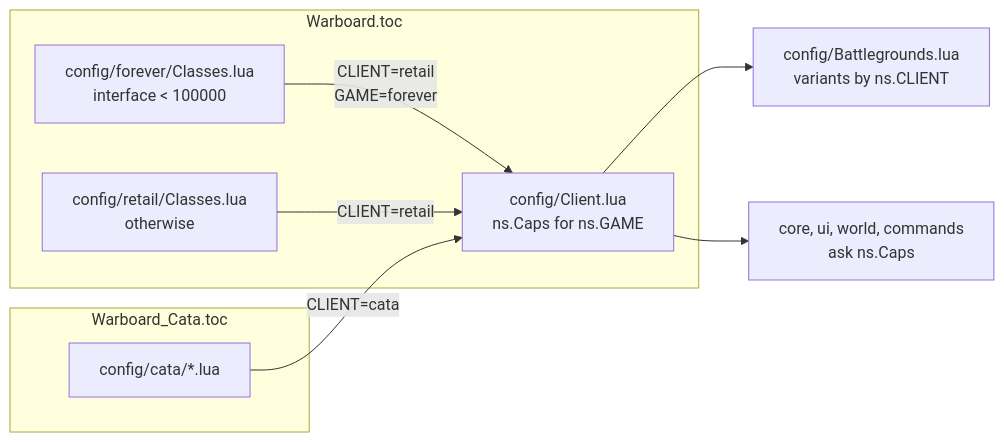
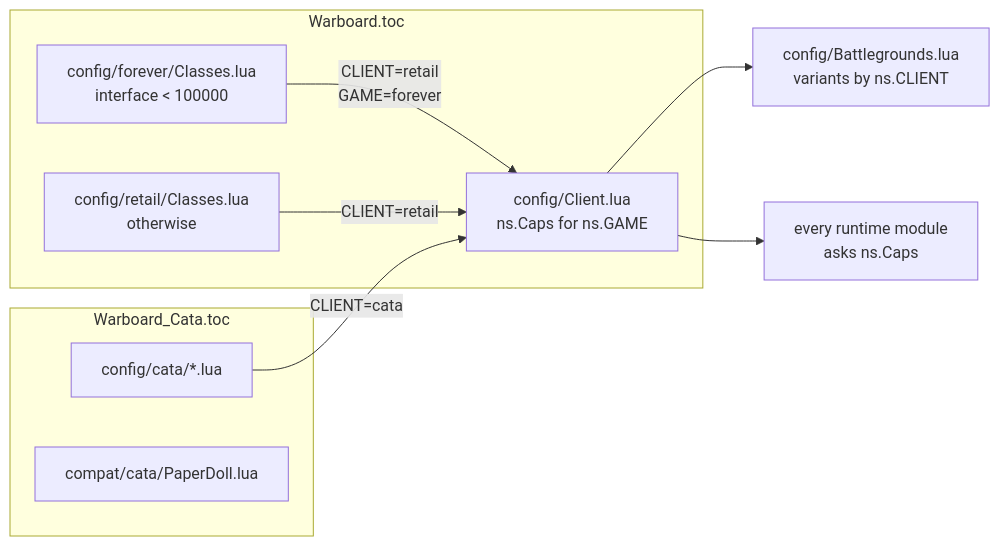
Before and after one commit to kemicofa/highground: the first of 2 diagrams in docs/development.md, drawn with Mermaid. The commit also changed other lines of this file and 13 other files, not shown here.

````diff
--- a/docs/development.md
+++ b/docs/development.md
@@ -46,12 +53,13 @@
 ```mermaid
 flowchart LR
   subgraph Warboard.toc
     F[config/forever/Classes.lua<br/>interface < 100000] -->|CLIENT=retail<br/>GAME=forever| C
     R[config/retail/Classes.lua<br/>otherwise] -->|CLIENT=retail| C
   end
   subgraph Warboard_Cata.toc
     K[config/cata/*.lua] -->|CLIENT=cata| C
+    P[compat/cata/PaperDoll.lua]
   end
   C[config/Client.lua<br/>ns.Caps for ns.GAME] --> B[config/Battlegrounds.lua<br/>variants by ns.CLIENT]
-  C --> RT[core, ui, world, commands<br/>ask ns.Caps]
+  C --> RT[every runtime module<br/>asks ns.Caps]
 ```
````
